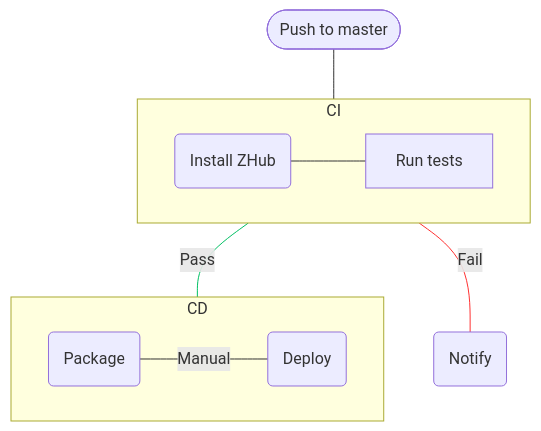
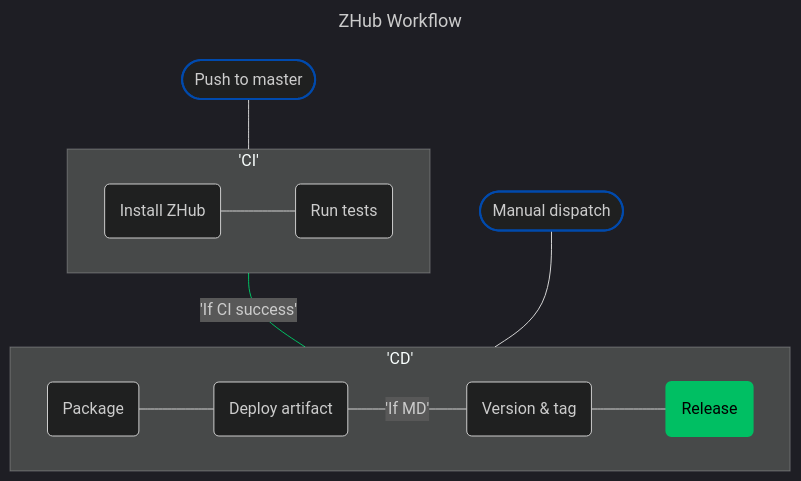
One commit to jadenzaleski/zhub changed the diagram in README.md. Above: the diagram before and after it, drawn with Mermaid. The commit also changed other lines of this file and 6 other files, not shown here.

````diff
--- a/README.md
+++ b/README.md
@@ -30,20 +31,31 @@
 ```mermaid
+---
+title: ZHub Workflow
+config:
+    theme: dark
+---
+
 flowchart
-	A@{ shape: "stadium", label: "Push to master" } --- s1
-	subgraph s1["CI"]
+	A@{ shape: 'stadium', label: 'Push to master' } --- s1
+	subgraph s1['CI']
 		n2
-		n4@{ shape: "rounded", label: "Install ZHub" }
+		n4@{ shape: 'rounded', label: 'Install ZHub' }
 	end
-	s1 ---|"Pass"| n1
+	s1 ---|'If CI success'| n1
 	n4
-	n4 --- n2["Run tests"]
-	s1 ---|"Fail"| n3@{ shape: "rounded", label: "Notify" }
-	subgraph n1["CD"]
+	n4 --- n2@{ shape: 'rounded', label: 'Run tests' }
+	s1
+
+	B@{ shape: 'stadium', label: 'Manual dispatch' } --- n1
+	subgraph n1['CD']
 		n6
-		n5@{ shape: "rounded", label: "Package" }
+		n5@{ shape: 'rounded', label: 'Package' }
+	n5 --- n6@{ shape: 'rounded', label: 'Deploy artifact' }
+	n6 ---|'If MD'| n3@{ shape: 'rounded', label: 'Version & tag' }
+	n3 --- n7@{ shape: 'rounded', label: 'Release' }
 	end
-	n5
-	n5 ---|"Manual"| n6@{ shape: "rounded", label: "Deploy" }
-	linkStyle 3 stroke:#FF3131
+	style n7 stroke:#00BF63,stroke-width:2px,fill:#00BF63,color:#000000
+	style A stroke:#004AAD,stroke-width:2px
+	style B stroke:#004AAD,stroke-width:2px
 	linkStyle 1 stroke:#00BF63
 ```
````
